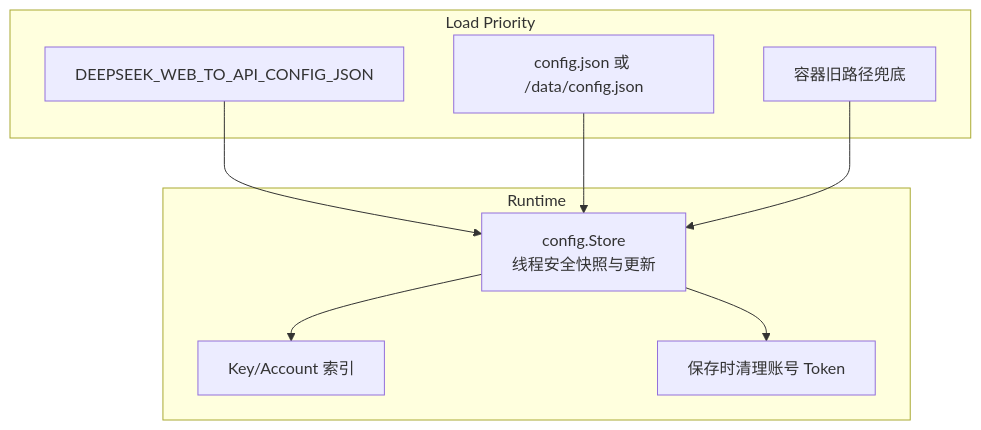
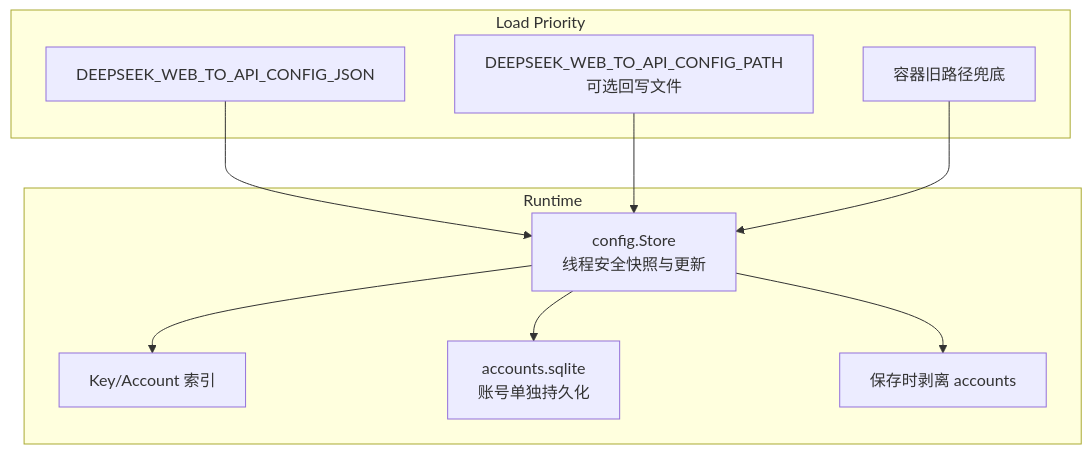
One commit to marklove5102/DeepSeek_Web_To_API changed the second of 2 diagrams in docs/configuration.md. Above: the diagram before and after it, drawn with Mermaid. The commit also changed other lines of this file and 51 other files, not shown here.

````diff
--- a/docs/configuration.md
+++ b/docs/configuration.md
@@ -78,18 +90,20 @@
 ```mermaid
 graph TB
 subgraph "Load Priority"
 ENVJSON["DEEPSEEK_WEB_TO_API_CONFIG_JSON"]
-FILE["config.json 或 /data/config.json"]
+FILE["DEEPSEEK_WEB_TO_API_CONFIG_PATH<br/>可选回写文件"]
 LEGACY["容器旧路径兜底"]
 end
 subgraph "Runtime"
 STORE["config.Store<br/>线程安全快照与更新"]
 INDEX["Key/Account 索引"]
-SAVE["保存时清理账号 Token"]
+ACCDB["accounts.sqlite<br/>账号单独持久化"]
+SAVE["保存时剥离 accounts"]
 end
 ENVJSON --> STORE
 FILE --> STORE
 LEGACY --> STORE
 STORE --> INDEX
+STORE --> ACCDB
 STORE --> SAVE
 ```
````
